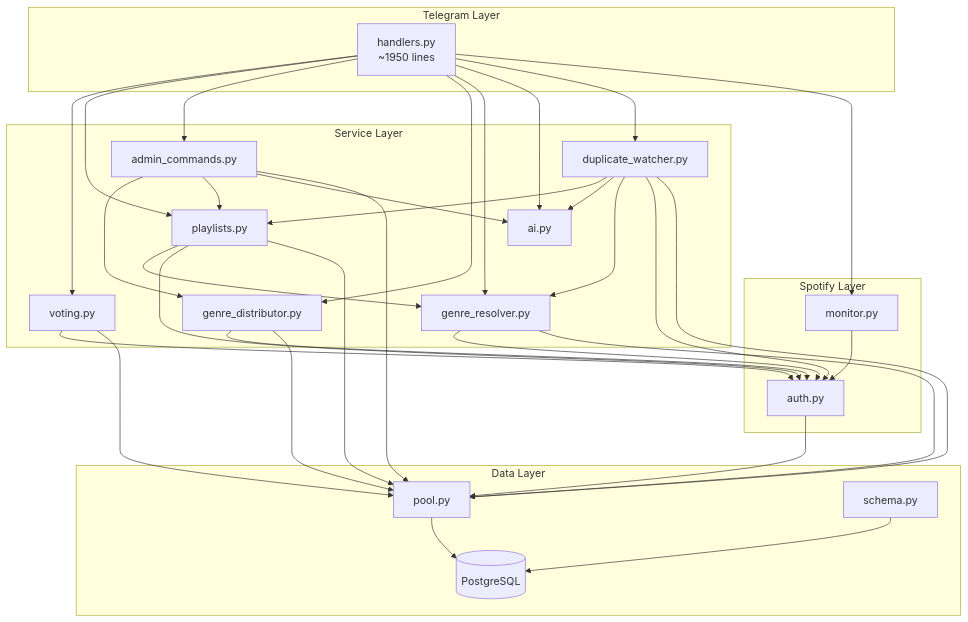
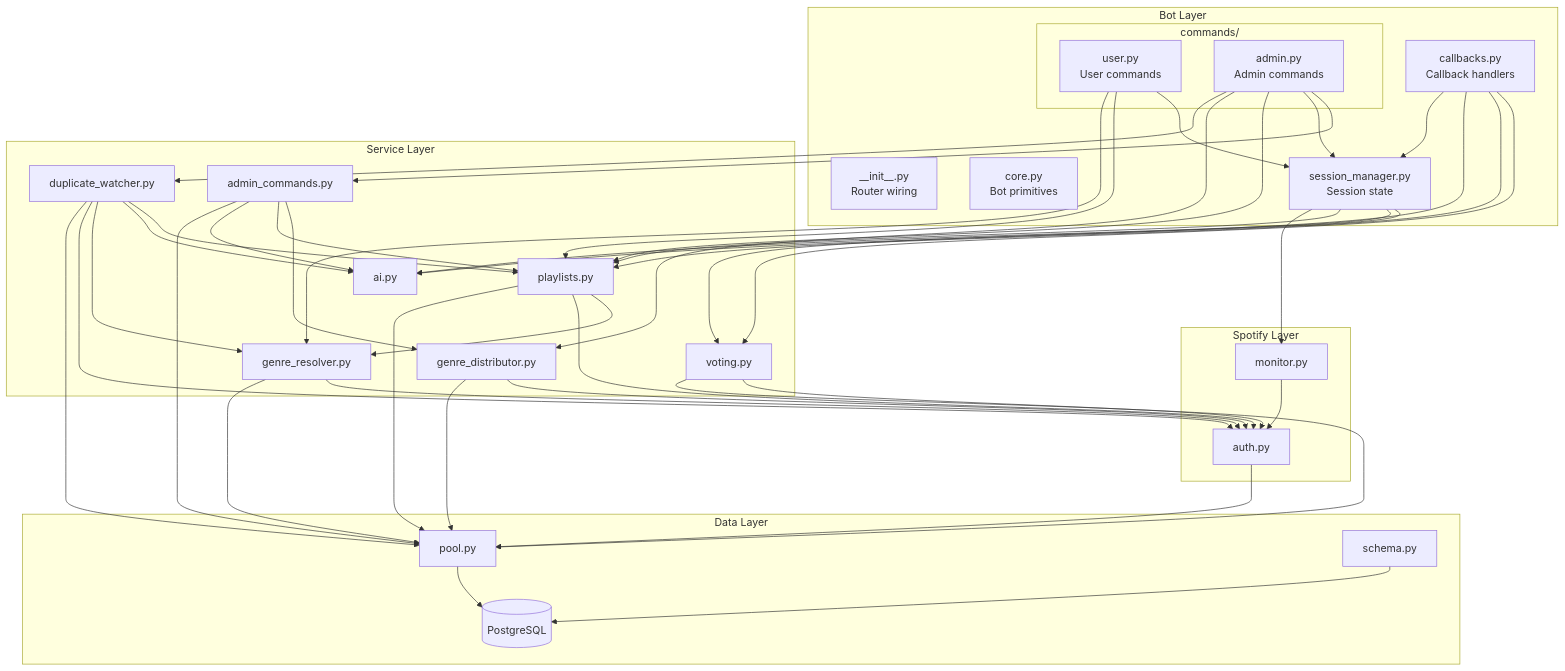
The diagram in docs/architecture/01-modules.md (ndomanovskiy/maspotifybot), drawn with Mermaid before and after one commit. The commit also changed other lines of this file and 6 other files, not shown here.

First line of the commit message:
Phase 6: Update architecture docs for new module structure

````diff
--- a/docs/architecture/01-modules.md
+++ b/docs/architecture/01-modules.md
@@ -5,63 +5,78 @@
 ```mermaid
 graph TB
-    subgraph Telegram["Telegram Layer"]
-        H[handlers.py<br/>~1950 lines]
+    subgraph Telegram["Bot Layer"]
+        INIT["__init__.py<br/>Router wiring"]
+        CORE["core.py<br/>Bot primitives"]
+        SM["session_manager.py<br/>Session state"]
+        CB["callbacks.py<br/>Callback handlers"]
+        subgraph Commands["commands/"]
+            USR["user.py<br/>User commands"]
+            ADM["admin.py<br/>Admin commands"]
+        end
     end
 
     subgraph Services["Service Layer"]
         V[voting.py]
         P[playlists.py]
         AC[admin_commands.py]
         GD[genre_distributor.py]
         GR[genre_resolver.py]
         AI[ai.py]
         DW[duplicate_watcher.py]
     end
 
     subgraph Spotify["Spotify Layer"]
         AUTH[auth.py]
         MON[monitor.py]
     end
 
     subgraph Data["Data Layer"]
         DB[(PostgreSQL)]
         POOL[pool.py]
         SCH[schema.py]
     end
 
-    H --> V
-    H --> P
-    H --> AC
-    H --> GD
-    H --> GR
-    H --> AI
-    H --> DW
+    SM --> V
+    SM --> AI
+    SM --> P
+    CB --> V
+    CB --> P
+    CB --> AI
+    CB --> SM
+    USR --> SM
+    USR --> P
+    USR --> GR
+    ADM --> AC
+    ADM --> SM
+    ADM --> P
+    ADM --> GD
+    ADM --> DW
 
     AC --> GD
     AC --> P
     AC --> AI
     DW --> P
     DW --> AI
     DW --> GR
     P --> GR
     GD --> AUTH
 
     V --> AUTH
     P --> AUTH
     DW --> AUTH
     GR --> AUTH
     MON --> AUTH
 
-    H --> MON
+    SM --> MON
 
     V --> POOL
     P --> POOL
     AC --> POOL
     GD --> POOL
     GR --> POOL
     DW --> POOL
     AUTH --> POOL
 
     POOL --> DB
     SCH --> DB
 ```
````
